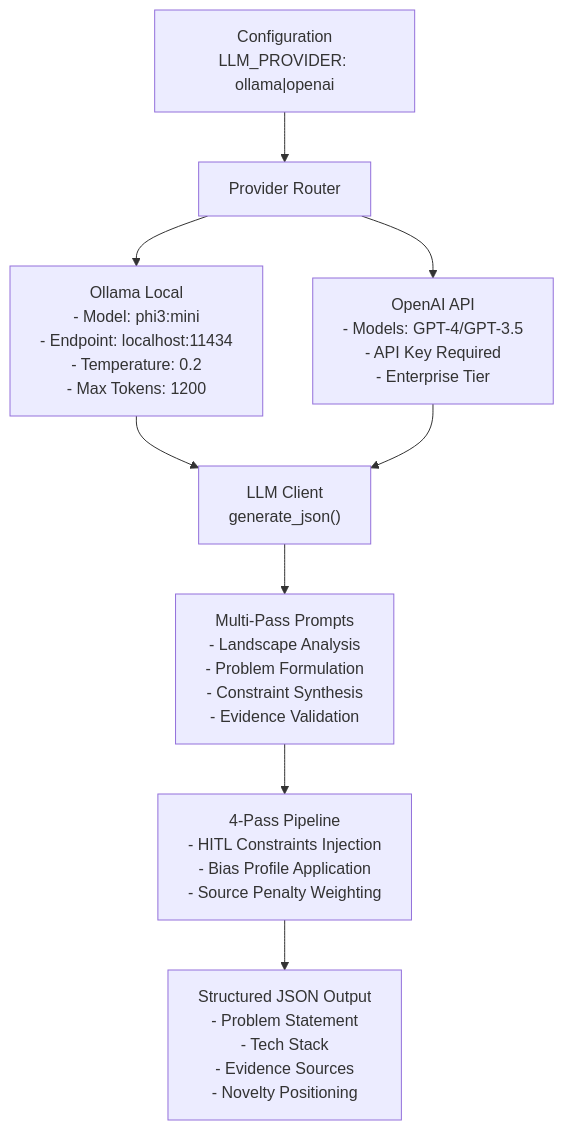
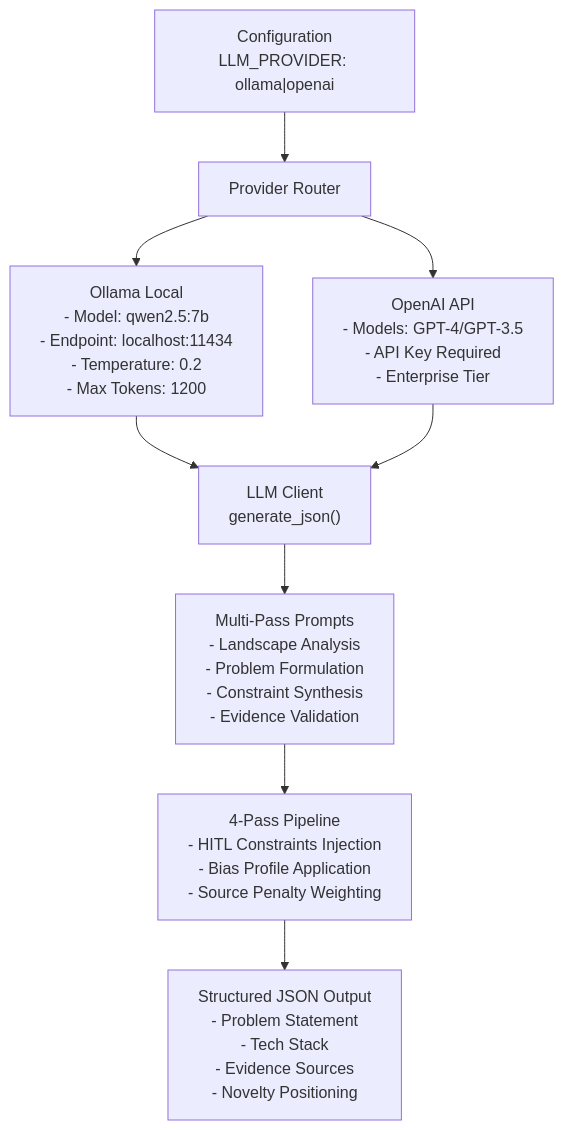
The third of 7 diagrams in docs/PROJECT_EVALUATION_CONTEXT.md (Shrx14/InnovateSphere), drawn with Mermaid before and after one commit. The commit also changed other lines of this file and 4 other files, not shown here.

Commit message:
`Updated README, SETUP_GUIDE, and other documentation files to reflect changes in the project structure, architecture, and features.`

````diff
--- a/docs/PROJECT_EVALUATION_CONTEXT.md
+++ b/docs/PROJECT_EVALUATION_CONTEXT.md
@@ -254,16 +299,16 @@
 ```mermaid
 graph TD
     Config["Configuration<br/>LLM_PROVIDER: ollama|openai"] --> Router["Provider Router"]
     
-    Router --> Ollama["Ollama Local<br/>- Model: phi3:mini<br/>- Endpoint: localhost:11434<br/>- Temperature: 0.2<br/>- Max Tokens: 1200"]
+    Router --> Ollama["Ollama Local<br/>- Model: qwen2.5:7b<br/>- Endpoint: localhost:11434<br/>- Temperature: 0.2<br/>- Max Tokens: 1200"]
     
     Router --> OpenAI["OpenAI API<br/>- Models: GPT-4/GPT-3.5<br/>- API Key Required<br/>- Enterprise Tier"]
     
     Ollama --> LLM["LLM Client<br/>generate_json()"] --> Prompts["Multi-Pass Prompts<br/>- Landscape Analysis<br/>- Problem Formulation<br/>- Constraint Synthesis<br/>- Evidence Validation"]
     
     OpenAI --> LLM
     
     Prompts --> Pipeline["4-Pass Pipeline<br/>- HITL Constraints Injection<br/>- Bias Profile Application<br/>- Source Penalty Weighting"]
     
     Pipeline --> Output["Structured JSON Output<br/>- Problem Statement<br/>- Tech Stack<br/>- Evidence Sources<br/>- Novelty Positioning"]
 ```
````
